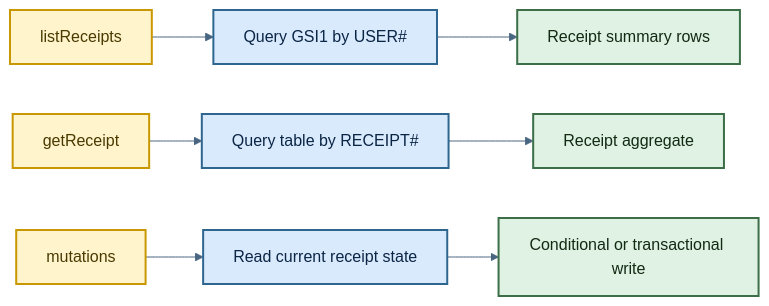
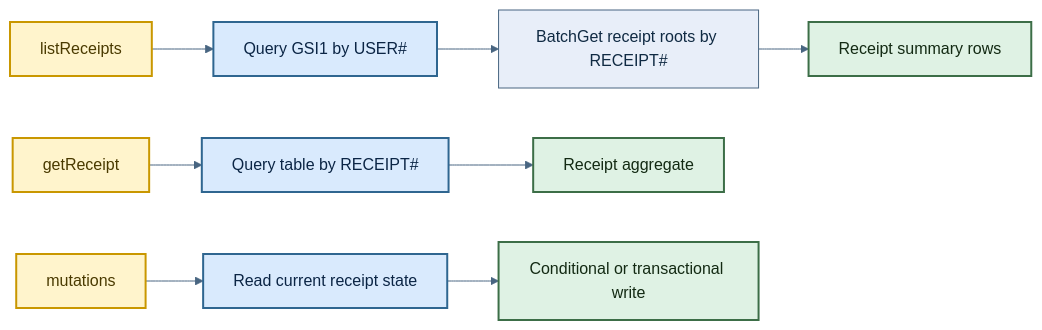
Before and after one commit to reiganarmstrong/check-split-mono: the fourth of 5 diagrams in infra/modules/receipt-api/README.md, drawn with Mermaid. The commit also changed other lines of this file and 11 other files, not shown here.

````diff
--- a/infra/modules/receipt-api/README.md
+++ b/infra/modules/receipt-api/README.md
@@ -169,30 +173,31 @@
 ```mermaid
 ---
 config:
   theme: base
   themeVariables:
     primaryColor: "#E8EEF9"
     primaryTextColor: "#102A43"
     primaryBorderColor: "#486581"
     lineColor: "#486581"
     secondaryColor: "#E6F4EA"
     tertiaryColor: "#FFF4CC"
 ---
 flowchart LR
   L1["listReceipts"] --> Q1["Query GSI1 by USER#<ctx.identity.sub>"]
-  Q1 --> O1["Receipt summary rows"]
+  Q1 --> Q1B["BatchGet receipt roots by RECEIPT#<receipt_id>"]
+  Q1B --> O1["Receipt summary rows"]
 
   L2["getReceipt"] --> Q2["Query table by RECEIPT#<receipt_id>"]
   Q2 --> O2["Receipt aggregate"]
 
   L3["mutations"] --> Q3["Read current receipt state"]
   Q3 --> O3["Conditional or transactional write"]
 
   classDef query fill:#D9EAFD,stroke:#2F6690,color:#0B2545,stroke-width:2px;
   classDef access fill:#FFF4CC,stroke:#C99700,color:#4A3A00,stroke-width:2px;
   classDef result fill:#DFF2E4,stroke:#3C6E47,color:#132A13,stroke-width:2px;
 
   class L1,L2,L3 access;
   class Q1,Q2,Q3 query;
   class O1,O2,O3 result;
 ```
````
